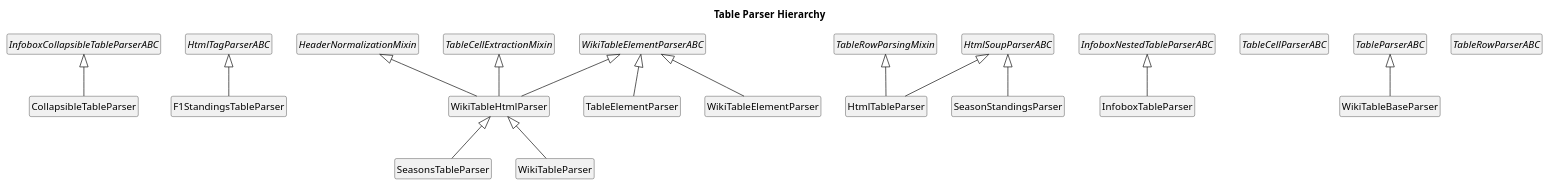
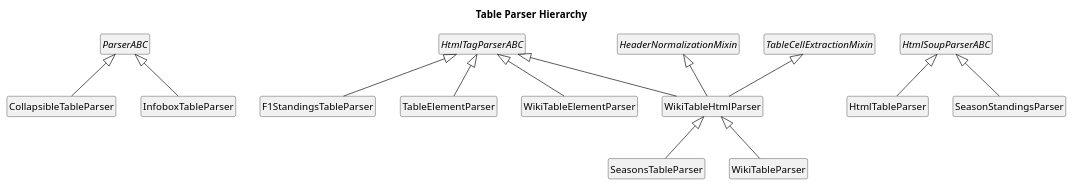
One commit to bgembalczyk/F1 changed the diagram in docs/uml/inheritance/parsers/05_table_parsers.puml. Above: the diagram before and after it, drawn with PlantUML. The commit also changed 22 other files, not shown here.

First line of the commit message:
remove alias/unused parser classes: InfoboxCollapsibleTableParserABC, InfoboxNestedTableParserABC, WikiTableElementParserABC, TableRowParsingMixin, WikiTableBaseParser, TableParserABC, TableCellParserABC, TableRowParserABC

```diff
--- a/docs/uml/inheritance/parsers/05_table_parsers.puml
+++ b/docs/uml/inheritance/parsers/05_table_parsers.puml
@@ -1,45 +1,36 @@
 @startuml
 title Table Parser Hierarchy
 skinparam classAttributeIconSize 0
 hide empty members
 hide circle
 
 class CollapsibleTableParser
 class F1StandingsTableParser
 abstract class HeaderNormalizationMixin
 abstract class HtmlSoupParserABC
 abstract class HtmlTagParserABC
 class HtmlTableParser
-abstract class InfoboxCollapsibleTableParserABC
-abstract class InfoboxNestedTableParserABC
 class InfoboxTableParser
+abstract class ParserABC
 class SeasonStandingsParser
 class SeasonsTableParser
 abstract class TableCellExtractionMixin
-abstract class TableCellParserABC
 class TableElementParser
-abstract class TableParserABC
-abstract class TableRowParserABC
-abstract class TableRowParsingMixin
-class WikiTableBaseParser
 class WikiTableElementParser
-abstract class WikiTableElementParserABC
 class WikiTableHtmlParser
 class WikiTableParser
 
-InfoboxCollapsibleTableParserABC <|-- CollapsibleTableParser
+ParserABC <|-- CollapsibleTableParser
 HtmlTagParserABC <|-- F1StandingsTableParser
 HtmlSoupParserABC <|-- HtmlTableParser
-TableRowParsingMixin <|-- HtmlTableParser
-InfoboxNestedTableParserABC <|-- InfoboxTableParser
+ParserABC <|-- InfoboxTableParser
 HtmlSoupParserABC <|-- SeasonStandingsParser
 WikiTableHtmlParser <|-- SeasonsTableParser
-WikiTableElementParserABC <|-- TableElementParser
-TableParserABC <|-- WikiTableBaseParser
-WikiTableElementParserABC <|-- WikiTableElementParser
+HtmlTagParserABC <|-- TableElementParser
+HtmlTagParserABC <|-- WikiTableElementParser
 HeaderNormalizationMixin <|-- WikiTableHtmlParser
 TableCellExtractionMixin <|-- WikiTableHtmlParser
-WikiTableElementParserABC <|-- WikiTableHtmlParser
+HtmlTagParserABC <|-- WikiTableHtmlParser
 WikiTableHtmlParser <|-- WikiTableParser
 
 @enduml
```
